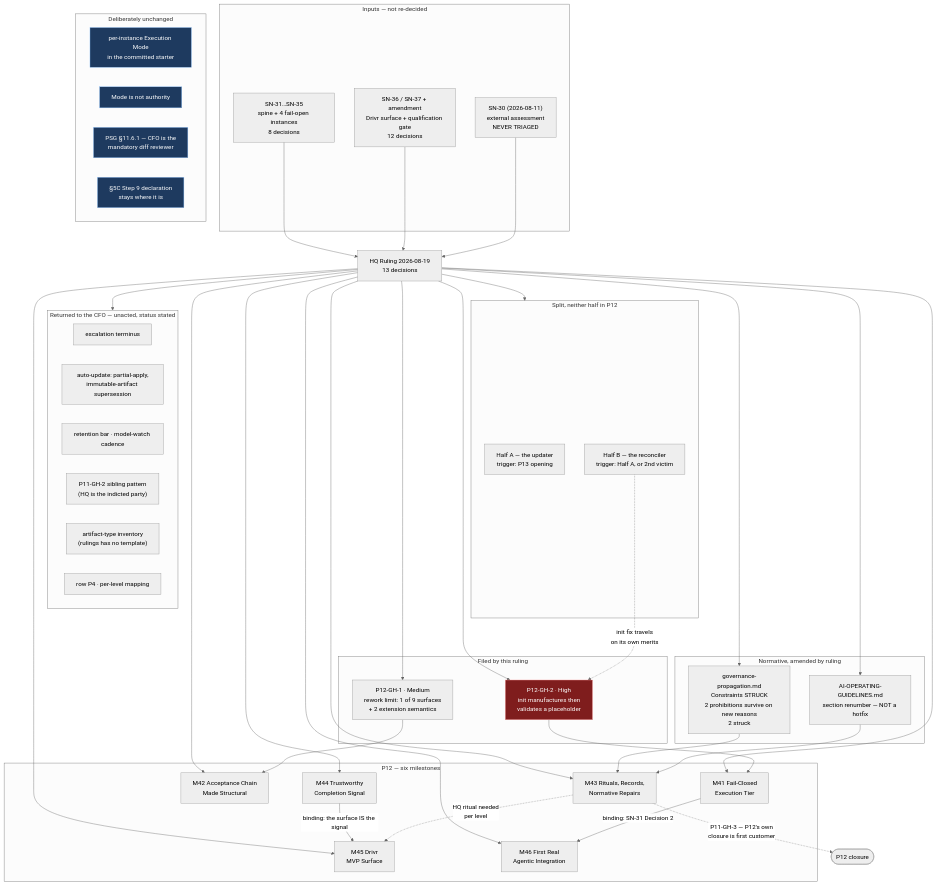
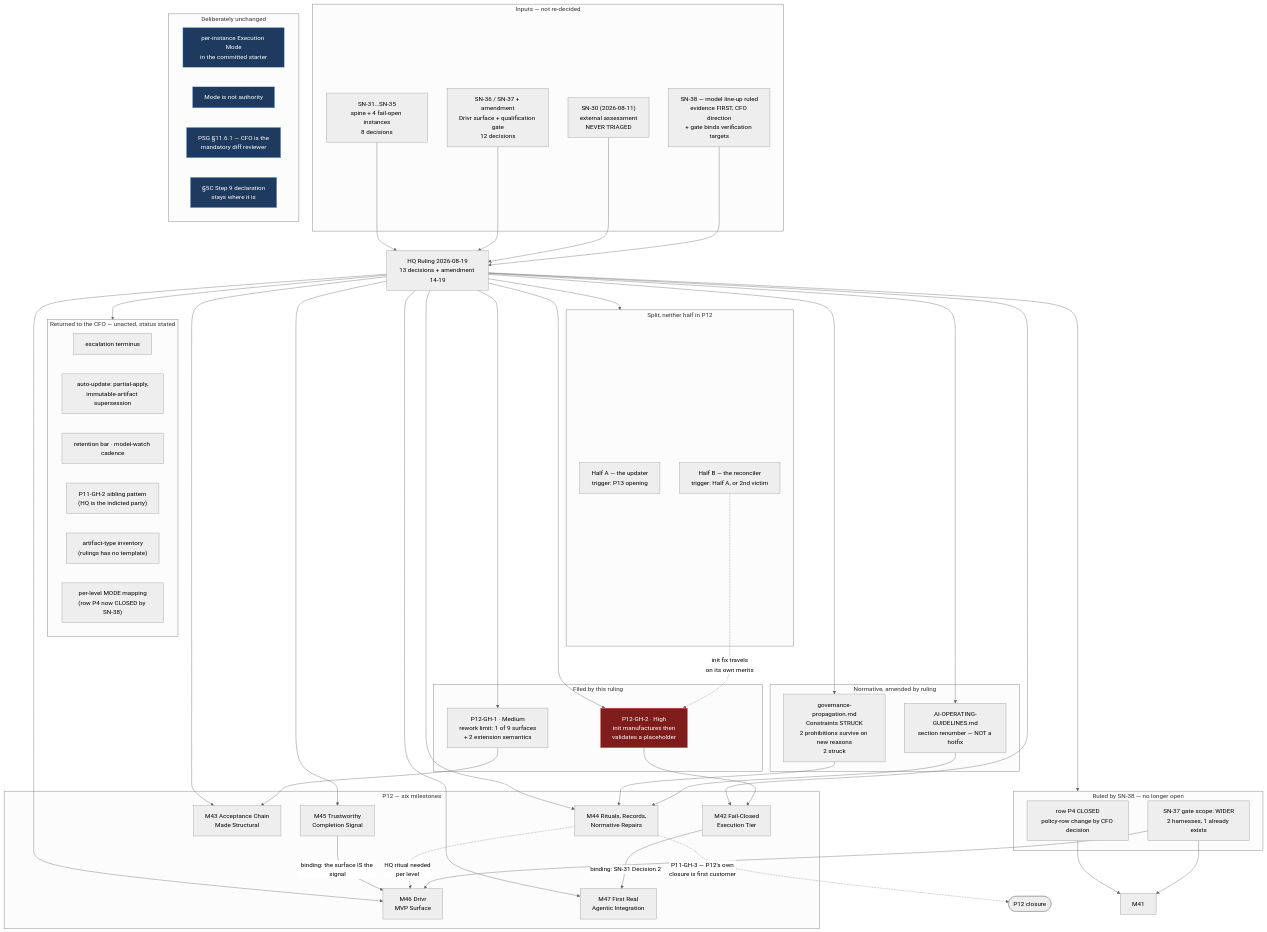
The diagram in .ai-project/artifacts/rulings/2026-08-19__ai-project-system-hq__ruling__p12-opening-and-sn-30-37-triage.md (panchew/ai-project-system), drawn with Mermaid (neutral theme) before and after one commit. The commit also changed other lines of this file and 4 other files, not shown here.

First line of the commit message:
governance(P12): restructure to seven milestones — SN-38 model line-up and evidence-first

````diff
--- a/.ai-project/artifacts/rulings/2026-08-19__ai-project-system-hq__ruling__p12-opening-and-sn-30-37-triage.md
+++ b/.ai-project/artifacts/rulings/2026-08-19__ai-project-system-hq__ruling__p12-opening-and-sn-30-37-triage.md
@@ -397,71 +584,81 @@
 ```mermaid
 flowchart TB
   subgraph INPUTS["Inputs — not re-decided"]
     SN31["SN-31…SN-35<br/>spine + 4 fail-open instances<br/>8 decisions"]
     SN36["SN-36 / SN-37 + amendment<br/>Drivr surface + qualification gate<br/>12 decisions"]
     SN30["SN-30 (2026-08-11)<br/>external assessment<br/>NEVER TRIAGED"]
+    SN38["SN-38 — model line-up ruled<br/>evidence FIRST, CFO direction<br/>+ gate binds verification targets"]
   end
 
-  RULING["HQ Ruling 2026-08-19<br/>13 decisions"]
+  RULING["HQ Ruling 2026-08-19<br/>13 decisions + amendment 14-19"]
   SN31 --> RULING
   SN36 --> RULING
   SN30 --> RULING
+  SN38 --> RULING
 
   subgraph PHASE["P12 — six milestones"]
-    M41["M41 Fail-Closed<br/>Execution Tier"]
-    M42["M42 Acceptance Chain<br/>Made Structural"]
-    M43["M43 Rituals, Records,<br/>Normative Repairs"]
-    M44["M44 Trustworthy<br/>Completion Signal"]
-    M45["M45 Drivr<br/>MVP Surface"]
-    M46["M46 First Real<br/>Agentic Integration"]
+    M42["M42 Fail-Closed<br/>Execution Tier"]
+    M43["M43 Acceptance Chain<br/>Made Structural"]
+    M44["M44 Rituals, Records,<br/>Normative Repairs"]
+    M45["M45 Trustworthy<br/>Completion Signal"]
+    M46["M46 Drivr<br/>MVP Surface"]
+    M47["M47 First Real<br/>Agentic Integration"]
   end
 
-  RULING --> M41 & M42 & M43 & M44 & M45 & M46
-  M41 -->|"binding: SN-31 Decision 2"| M46
-  M44 -->|"binding: the surface IS the signal"| M45
-  M43 -.->|"HQ ritual needed<br/>per level"| M45
-  M43 -.->|"P11-GH-3 — P12's own<br/>closure is first customer"| PCLOSE(["P12 closure"])
+  RULING --> M42 & M43 & M44 & M45 & M46 & M47
+  M42 -->|"binding: SN-31 Decision 2"| M47
+  M45 -->|"binding: the surface IS the signal"| M46
+  M44 -.->|"HQ ritual needed<br/>per level"| M46
+  M44 -.->|"P11-GH-3 — P12's own<br/>closure is first customer"| PCLOSE(["P12 closure"])
 
   subgraph FILED["Filed by this ruling"]
     G1["P12-GH-1 · Medium<br/>rework limit: 1 of 9 surfaces<br/>+ 2 extension semantics"]
     G2["P12-GH-2 · High<br/>init manufactures then<br/>validates a placeholder"]
   end
-  RULING --> G1 --> M42
-  RULING --> G2 --> M41
+  RULING --> G1 --> M43
+  RULING --> G2 --> M42
 
   subgraph AMENDED["Normative, amended by ruling"]
     GP["governance-propagation.md<br/>Constraints STRUCK<br/>2 prohibitions survive on new reasons<br/>2 struck"]
     AOG["AI-OPERATING-GUIDELINES.md<br/>section renumber — NOT a hotfix"]
   end
-  RULING --> GP --> M43
-  RULING --> AOG --> M43
+  RULING --> GP --> M44
+  RULING --> AOG --> M44
 
   subgraph FROZEN["Deliberately unchanged"]
     F1["per-instance Execution Mode<br/>in the committed starter"]
     F2["Mode is not authority"]
     F3["PSG §11.6.1 — CFO is the<br/>mandatory diff reviewer"]
     F4["§5C Step 9 declaration<br/>stays where it is"]
   end
 
   subgraph RETURNED["Returned to the CFO — unacted, status stated"]
     R1["escalation terminus"]
     R2["auto-update: partial-apply,<br/>immutable-artifact supersession"]
     R3["retention bar · model-watch cadence"]
     R4["P11-GH-2 sibling pattern<br/>(HQ is the indicted party)"]
     R5["artifact-type inventory<br/>(rulings has no template)"]
-    R6["row P4 · per-level mapping"]
+    R6["per-level MODE mapping<br/>(row P4 now CLOSED by SN-38)"]
   end
   RULING --> RETURNED
+
+  subgraph RULED38["Ruled by SN-38 — no longer open"]
+    P4C["row P4 CLOSED<br/>policy-row change by CFO decision"]
+    GATE["SN-37 gate scope: WIDER<br/>2 harnesses, 1 already exists"]
+  end
+  RULING --> RULED38
+  P4C --> M41
+  GATE --> M41 & M46
 
   subgraph SPLIT["Split, neither half in P12"]
     HA["Half A — the updater<br/>trigger: P13 opening"]
     HB["Half B — the reconciler<br/>trigger: Half A, or 2nd victim"]
   end
   RULING --> SPLIT
   HB -.->|"init fix travels<br/>on its own merits"| G2
 
   classDef hi fill:#7f1d1d,stroke:#fca5a5,color:#fff
   classDef frz fill:#1e3a5f,stroke:#93c5fd,color:#fff
-  class G2 hi
+  class G2,M41T hi
   class F1,F2,F3,F4 frz
 ```
````
